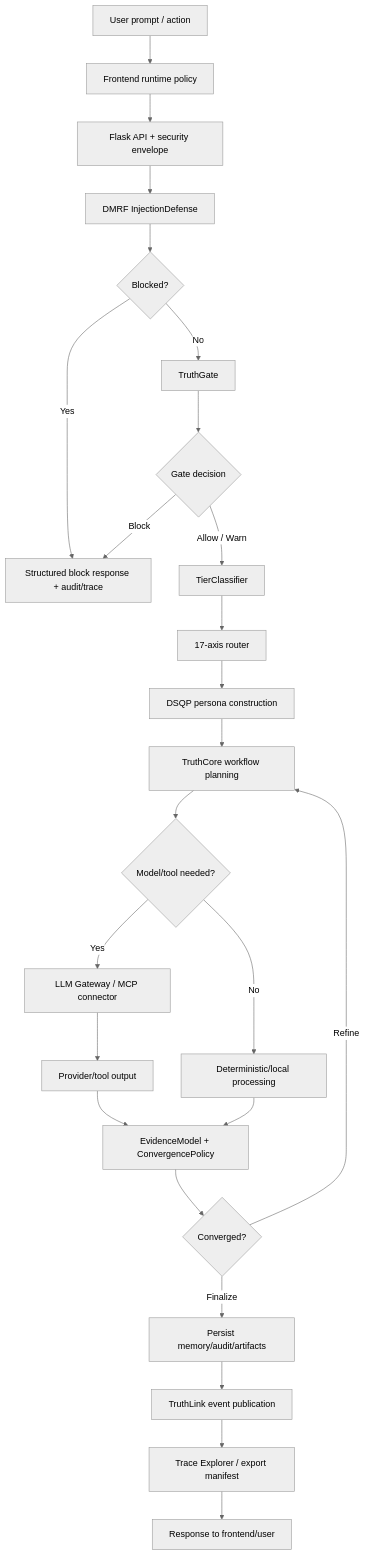
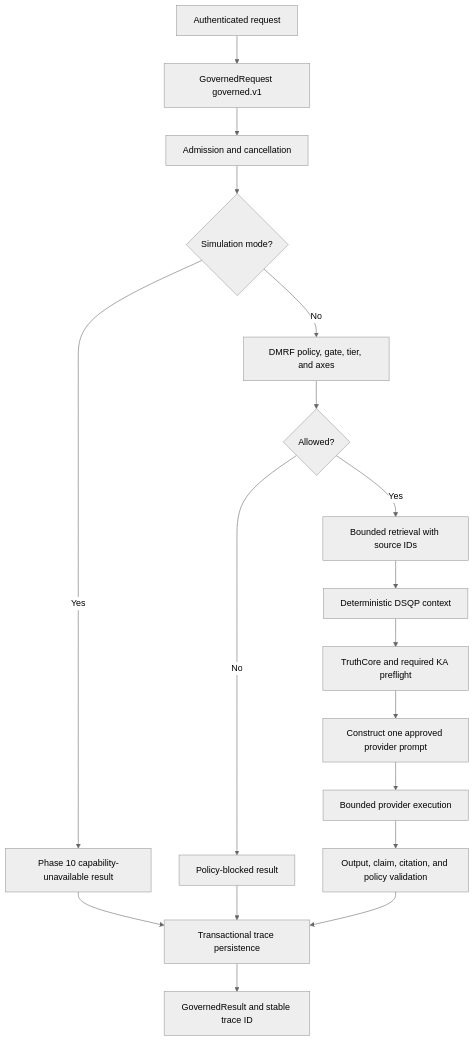
Before and after one commit to kherrera6219/DataLogicEngine: the diagram in docs/WORKFLOW.md, drawn with Mermaid (neutral theme). The commit also changed other lines of this file and 99 other files, not shown here.

Commit message:
Complete Phase 5 canonical governed execution checkpoint

````diff
--- a/docs/WORKFLOW.md
+++ b/docs/WORKFLOW.md
@@ -68,27 +72,20 @@
 ```mermaid
 flowchart TD
-    A[User prompt / action] --> B[Frontend runtime policy]
-    B --> C[Flask API + security envelope]
-    C --> D[DMRF InjectionDefense]
-    D --> E{Blocked?}
-    E -- Yes --> X[Structured block response + audit/trace]
-    E -- No --> F[TruthGate]
-    F --> G{Gate decision}
-    G -- Block --> X
-    G -- Allow / Warn --> H[TierClassifier]
-    H --> I[17-axis router]
-    I --> J[DSQP persona construction]
-    J --> K[TruthCore workflow planning]
-    K --> L{Model/tool needed?}
-    L -- Yes --> M[LLM Gateway / MCP connector]
-    M --> N[Provider/tool output]
-    L -- No --> O[Deterministic/local processing]
-    N --> P[EvidenceModel + ConvergencePolicy]
-    O --> P
-    P --> Q{Converged?}
-    Q -- Refine --> K
-    Q -- Finalize --> R[Persist memory/audit/artifacts]
-    R --> S[TruthLink event publication]
-    S --> T[Trace Explorer / export manifest]
-    T --> U[Response to frontend/user]
+    A[Authenticated request] --> B[GovernedRequest governed.v1]
+    B --> C[Admission and cancellation]
+    C --> D{Simulation mode?}
+    D -- Yes --> X[Phase 10 capability-unavailable result]
+    D -- No --> E[DMRF policy, gate, tier, and axes]
+    E --> F{Allowed?}
+    F -- No --> Y[Policy-blocked result]
+    F -- Yes --> G[Bounded retrieval with source IDs]
+    G --> H[Deterministic DSQP context]
+    H --> I[TruthCore and required KA preflight]
+    I --> J[Construct one approved provider prompt]
+    J --> K[Bounded provider execution]
+    K --> L[Output, claim, citation, and policy validation]
+    L --> M[Transactional trace persistence]
+    M --> N[GovernedResult and stable trace ID]
+    X --> M
+    Y --> M
 ```
````
